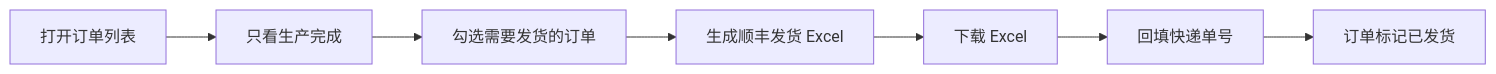
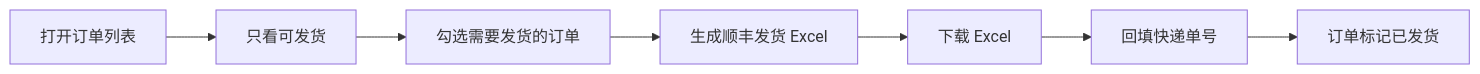
Before and after one commit to Backstage2539/KFerp: the diagram in orderapp-remote/docs/orders-user-manual.md, drawn with Mermaid. The commit also changed other lines of this file and 28 other files, not shown here.

Commit message:
Add order stock batch confirmation flow

````diff
--- a/orderapp-remote/docs/orders-user-manual.md
+++ b/orderapp-remote/docs/orders-user-manual.md
@@ -5,9 +5,9 @@
 ```mermaid
 flowchart LR
-  A[打开订单列表] --> B[只看生产完成]
+  A[打开订单列表] --> B[只看可发货]
   B --> C[勾选需要发货的订单]
   C --> D[生成顺丰发货 Excel]
   D --> E[下载 Excel]
   E --> F[回填快递单号]
   F --> G[订单标记已发货]
 ```
````
